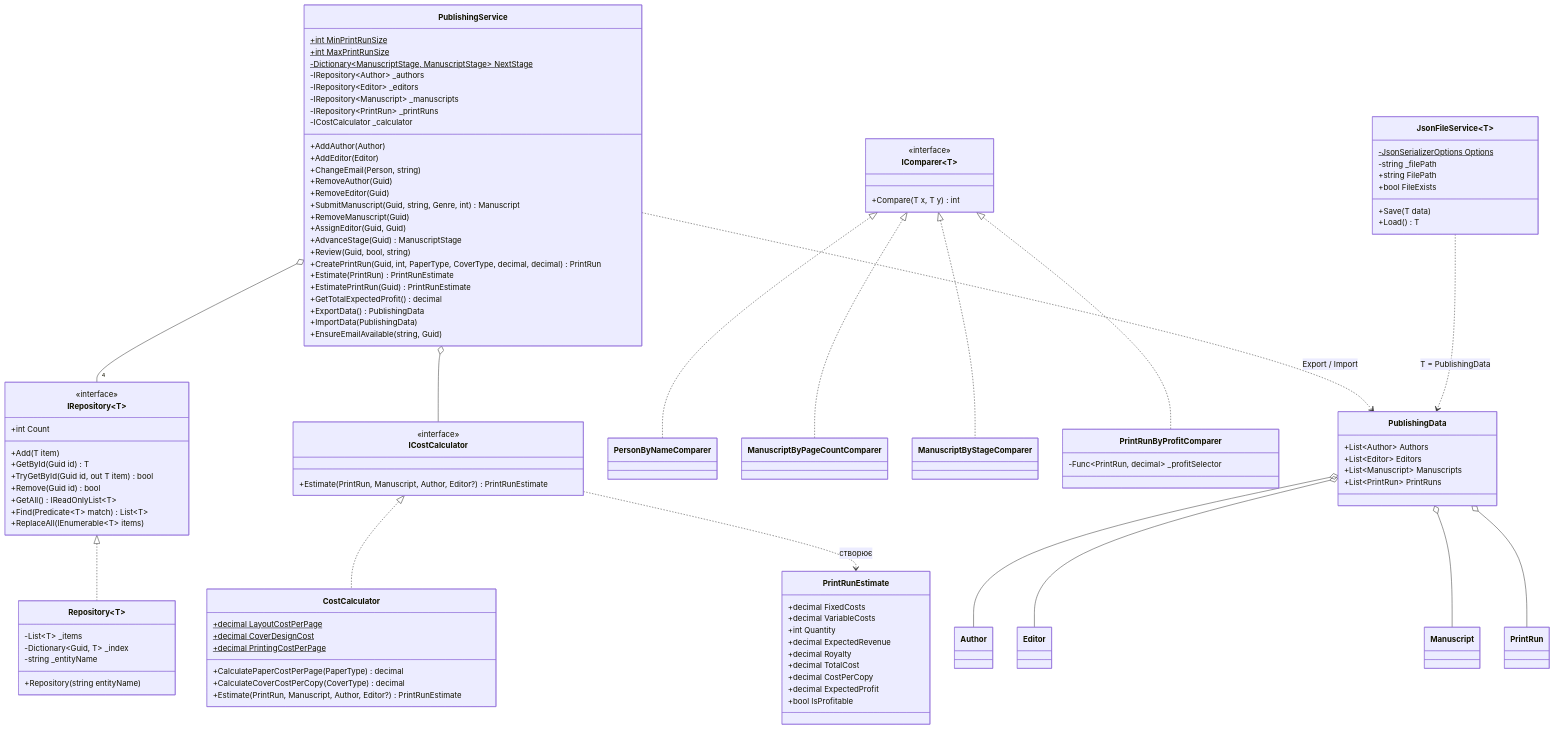
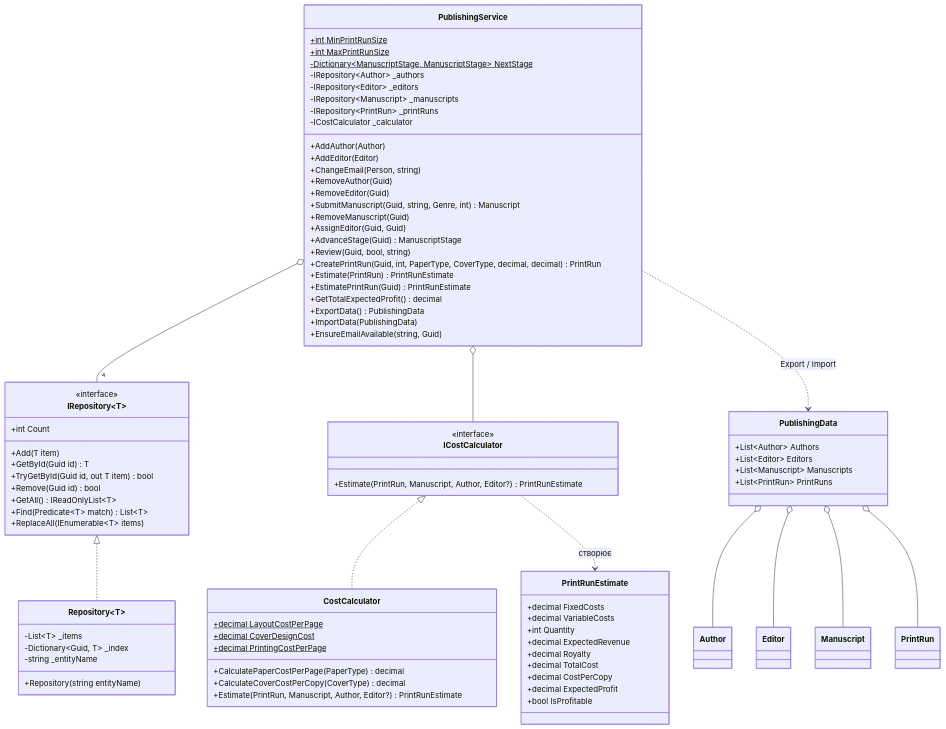
Before and after one commit to oljyaaa/OOP_practice: the diagram in coursework_2026/docs/uml/2_services.mmd, drawn with Mermaid. The commit also changed 37 other files, not shown here.

Commit message:
Coursework: add report generator, report screenshots, split UML diagrams

```diff
--- a/coursework_2026/docs/uml/2_services.mmd
+++ b/coursework_2026/docs/uml/2_services.mmd
@@ -1,114 +1,90 @@
 classDiagram
     direction TB
     class IRepository~T~ {
         <<interface>>
         +int Count
         +Add(T item)
         +GetById(Guid id) T
         +TryGetById(Guid id, out T item) bool
         +Remove(Guid id) bool
         +GetAll() IReadOnlyList~T~
         +Find(Predicate~T~ match) List~T~
         +ReplaceAll(IEnumerable~T~ items)
     }
     class Repository~T~ {
         -List~T~ _items
         -Dictionary~Guid, T~ _index
         -string _entityName
         +Repository(string entityName)
     }
     class ICostCalculator {
         <<interface>>
         +Estimate(PrintRun, Manuscript, Author, Editor?) PrintRunEstimate
     }
     class CostCalculator {
         +decimal LayoutCostPerPage$
         +decimal CoverDesignCost$
         +decimal PrintingCostPerPage$
         +CalculatePaperCostPerPage(PaperType) decimal
         +CalculateCoverCostPerCopy(CoverType) decimal
         +Estimate(PrintRun, Manuscript, Author, Editor?) PrintRunEstimate
     }
     class PublishingService {
         +int MinPrintRunSize$
         +int MaxPrintRunSize$
         -Dictionary~ManuscriptStage, ManuscriptStage~ NextStage$
         -IRepository~Author~ _authors
         -IRepository~Editor~ _editors
         -IRepository~Manuscript~ _manuscripts
         -IRepository~PrintRun~ _printRuns
         -ICostCalculator _calculator
         +AddAuthor(Author)
         +AddEditor(Editor)
         +ChangeEmail(Person, string)
         +RemoveAuthor(Guid)
         +RemoveEditor(Guid)
         +SubmitManuscript(Guid, string, Genre, int) Manuscript
         +RemoveManuscript(Guid)
         +AssignEditor(Guid, Guid)
         +AdvanceStage(Guid) ManuscriptStage
         +Review(Guid, bool, string)
         +CreatePrintRun(Guid, int, PaperType, CoverType, decimal, decimal) PrintRun
         +Estimate(PrintRun) PrintRunEstimate
         +EstimatePrintRun(Guid) PrintRunEstimate
         +GetTotalExpectedProfit() decimal
         +ExportData() PublishingData
         +ImportData(PublishingData)
         +EnsureEmailAvailable(string, Guid)
     }
-    class JsonFileService~T~ {
-        -JsonSerializerOptions Options$
-        -string _filePath
-        +string FilePath
-        +bool FileExists
-        +Save(T data)
-        +Load() T
-    }
-    class IComparer~T~ {
-        <<interface>>
-        +Compare(T x, T y) int
-    }
-    class PersonByNameComparer
-    class ManuscriptByPageCountComparer
-    class ManuscriptByStageComparer
-    class PrintRunByProfitComparer {
-        -Func~PrintRun, decimal~ _profitSelector
-    }
-
     class PrintRunEstimate {
         +decimal FixedCosts
         +decimal VariableCosts
         +int Quantity
         +decimal ExpectedRevenue
         +decimal Royalty
         +decimal TotalCost
         +decimal CostPerCopy
         +decimal ExpectedProfit
         +bool IsProfitable
     }
     class PublishingData {
         +List~Author~ Authors
         +List~Editor~ Editors
         +List~Manuscript~ Manuscripts
         +List~PrintRun~ PrintRuns
     }
     class Author
     class Editor
     class Manuscript
     class PrintRun
 
     IRepository~T~ <|.. Repository~T~
     ICostCalculator <|.. CostCalculator
     PublishingService o-- "4" IRepository~T~
     PublishingService o-- ICostCalculator
+    ICostCalculator ..> PrintRunEstimate : створює
     PublishingService ..> PublishingData : Export / Import
-    ICostCalculator ..> PrintRunEstimate : створює
     PublishingData o-- Author
     PublishingData o-- Editor
     PublishingData o-- Manuscript
     PublishingData o-- PrintRun
-    JsonFileService~T~ ..> PublishingData : T = PublishingData
-    IComparer~T~ <|.. PersonByNameComparer
-    IComparer~T~ <|.. ManuscriptByPageCountComparer
-    IComparer~T~ <|.. ManuscriptByStageComparer
-    IComparer~T~ <|.. PrintRunByProfitComparer
```
